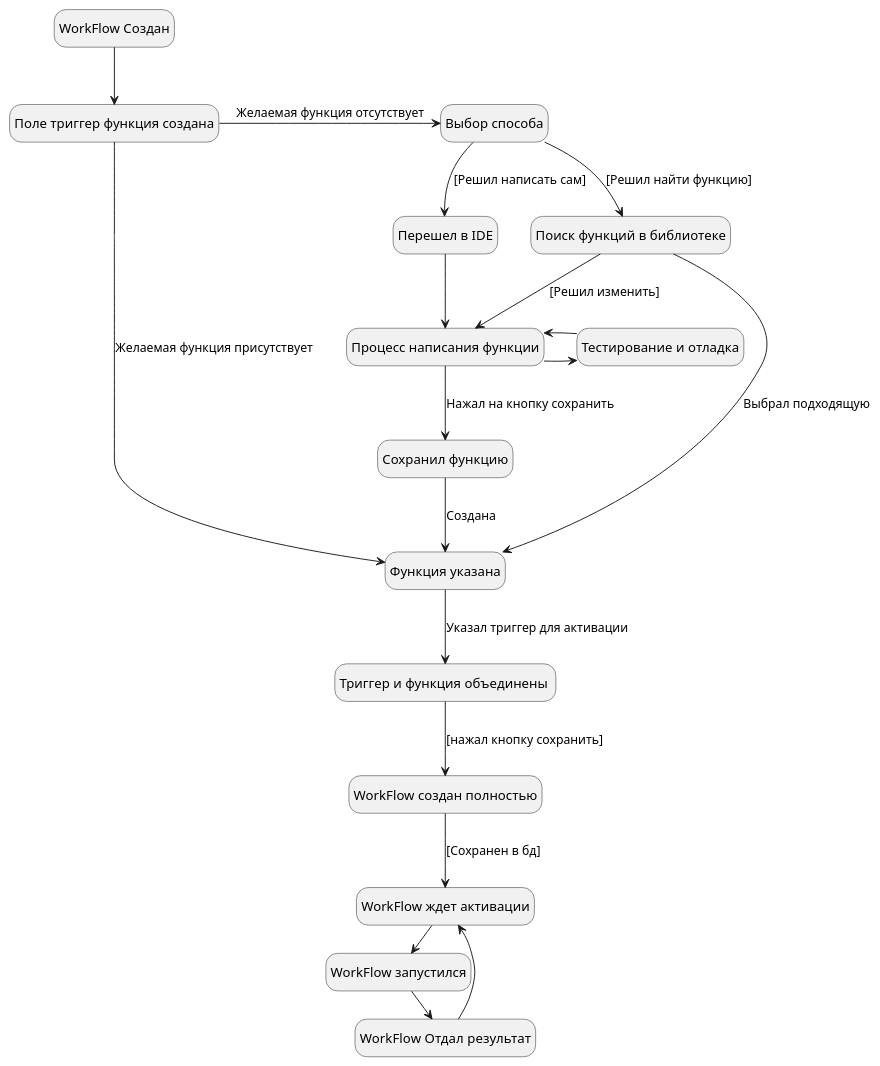
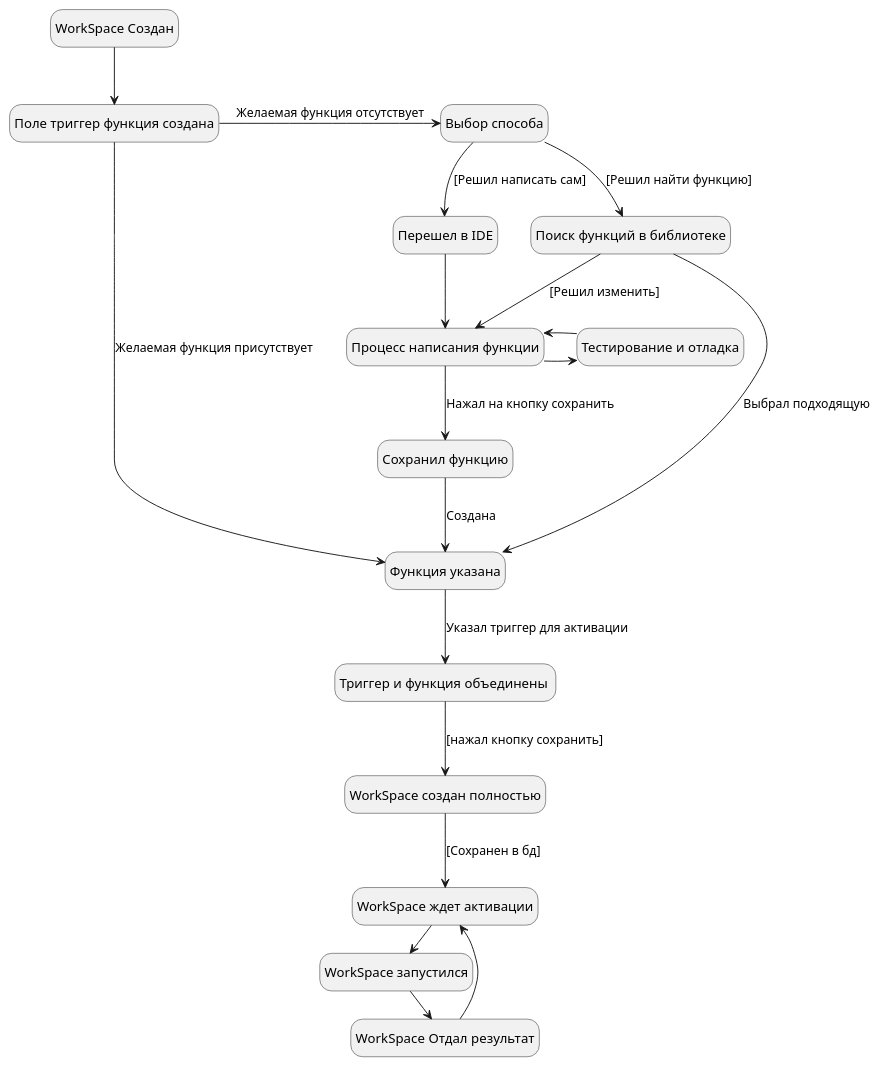
The diagram in state.puml (illusior/serverless-docs), drawn with PlantUML before and after one commit. The commit also changed 1 other file, not shown here.

Commit message:
fix: WorkFlow -> WorkSpace

```diff
--- a/state.puml
+++ b/state.puml
@@ -1,45 +1,45 @@
 @startuml
 hide empty description
 
-state "WorkFlow Создан" as workflow_1
-state "Поле триггер функция создана" as workflow_2
-state "Функция указана" as workflow_3
-state "Триггер и функция объединены " as workflow_4
-state "WorkFlow создан полностью" as workflow_5
+state "WorkSpace Создан" as WorkSpace_1
+state "Поле триггер функция создана" as WorkSpace_2
+state "Функция указана" as WorkSpace_3
+state "Триггер и функция объединены " as WorkSpace_4
+state "WorkSpace создан полностью" as WorkSpace_5
 
-workflow_1 --> workflow_2
-workflow_2 --> workflow_3 : Желаемая функция присутствует
-workflow_3 --> workflow_4 : Указал триггер для активации
-workflow_4 --> workflow_5 : [нажал кнопку сохранить]
+WorkSpace_1 --> WorkSpace_2
+WorkSpace_2 --> WorkSpace_3 : Желаемая функция присутствует
+WorkSpace_3 --> WorkSpace_4 : Указал триггер для активации
+WorkSpace_4 --> WorkSpace_5 : [нажал кнопку сохранить]
 
 state "Выбор способа" as ide
 state "Перешел в IDE" as ide_1
 state "Поиск функций в библиотеке" as ide_2
 state "Процесс написания функции" as ide_3
 state "Сохранил функцию" as ide_4
 state "Тестирование и отладка" as ide_5
 
 ide --> ide_1 : [Решил написать сам]
 ide --> ide_2: [Решил найти функцию]
 ide_1 --> ide_3 
 
 ide_2 --> ide_3 : [Решил изменить]
 ide_3 --> ide_4 : Нажал на кнопку сохранить
 
 ide_3 -> ide_5
 ide_5 -> ide_3 
 
-state "WorkFlow ждет активации" as wait
-state "WorkFlow запустился" as wait_1
-state "WorkFlow Отдал результат" as wait_2
+state "WorkSpace ждет активации" as wait
+state "WorkSpace запустился" as wait_1
+state "WorkSpace Отдал результат" as wait_2
 
 wait -> wait_1 : Поступил триггер
 wait_1 -> wait_2 : Функции выполнелись
 wait_2  --> wait
 
 
-workflow_5 --> wait : [Сохранен в бд]
-workflow_2 -> ide : Желаемая функция отсутствует
-ide_4 --> workflow_3 : Создана
-ide_2 -> workflow_3 : Выбрал подходящую
+WorkSpace_5 --> wait : [Сохранен в бд]
+WorkSpace_2 -> ide : Желаемая функция отсутствует
+ide_4 --> WorkSpace_3 : Создана
+ide_2 -> WorkSpace_3 : Выбрал подходящую
 @enduml
```
